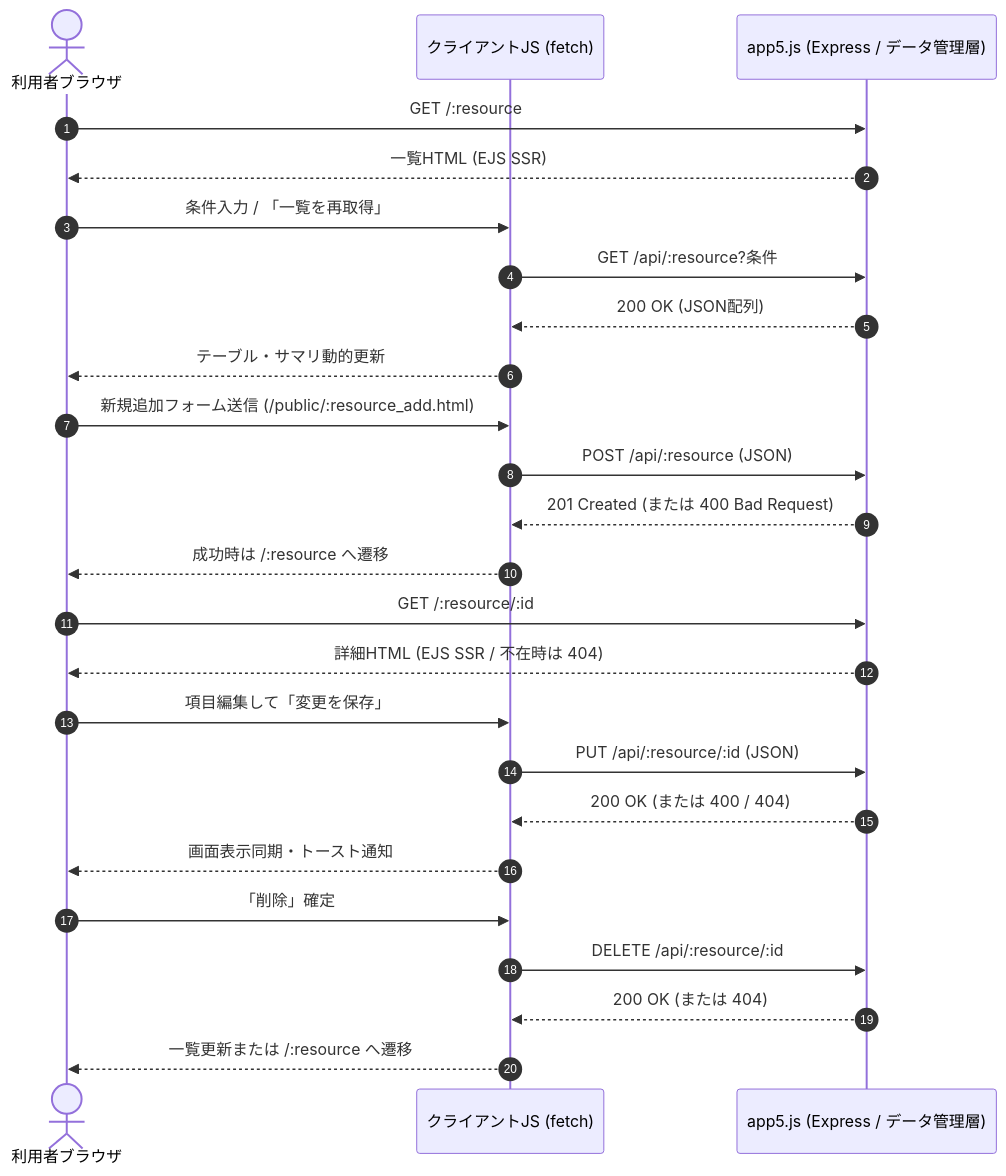
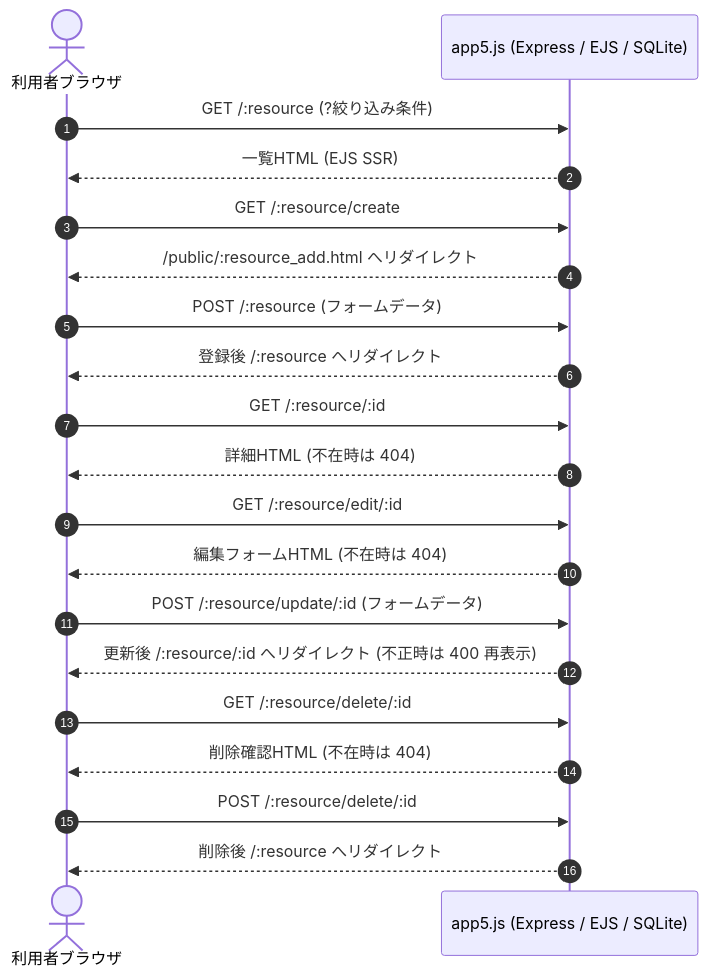
Before and after one commit to iotaish/webpro: the second of 2 diagrams in spec.md, drawn with Mermaid. The commit also changed other lines of this file, not shown here.

Commit message:
docs(spec): spec.mdをSSRフォームCRUD構成と新ページ遷移図へ更新

````diff
--- a/spec.md
+++ b/spec.md
@@ -188,33 +191,27 @@
 ```mermaid
 sequenceDiagram
   autonumber
   actor User as 利用者ブラウザ
-  participant Client as クライアントJS (fetch)
-  participant Server as app5.js (Express / データ管理層)
+  participant Server as app5.js (Express / EJS / SQLite)
 
-  User->>Server: GET /:resource
+  User->>Server: GET /:resource (?絞り込み条件)
   Server-->>User: 一覧HTML (EJS SSR)
 
-  User->>Client: 条件入力 / 「一覧を再取得」
-  Client->>Server: GET /api/:resource?条件
-  Server-->>Client: 200 OK (JSON配列)
-  Client-->>User: テーブル・サマリ動的更新
-
-  User->>Client: 新規追加フォーム送信 (/public/:resource_add.html)
-  Client->>Server: POST /api/:resource (JSON)
-  Server-->>Client: 201 Created (または 400 Bad Request)
-  Client-->>User: 成功時は /:resource へ遷移
+  User->>Server: GET /:resource/create
+  Server-->>User: /public/:resource_add.html へリダイレクト
+  User->>Server: POST /:resource (フォームデータ)
+  Server-->>User: 登録後 /:resource へリダイレクト
 
   User->>Server: GET /:resource/:id
-  Server-->>User: 詳細HTML (EJS SSR / 不在時は 404)
+  Server-->>User: 詳細HTML (不在時は 404)
 
-  User->>Client: 項目編集して「変更を保存」
-  Client->>Server: PUT /api/:resource/:id (JSON)
-  Server-->>Client: 200 OK (または 400 / 404)
-  Client-->>User: 画面表示同期・トースト通知
+  User->>Server: GET /:resource/edit/:id
+  Server-->>User: 編集フォームHTML (不在時は 404)
+  User->>Server: POST /:resource/update/:id (フォームデータ)
+  Server-->>User: 更新後 /:resource/:id へリダイレクト (不正時は 400 再表示)
 
-  User->>Client: 「削除」確定
-  Client->>Server: DELETE /api/:resource/:id
-  Server-->>Client: 200 OK (または 404)
-  Client-->>User: 一覧更新または /:resource へ遷移
+  User->>Server: GET /:resource/delete/:id
+  Server-->>User: 削除確認HTML (不在時は 404)
+  User->>Server: POST /:resource/delete/:id
+  Server-->>User: 削除後 /:resource へリダイレクト
 ```
````
